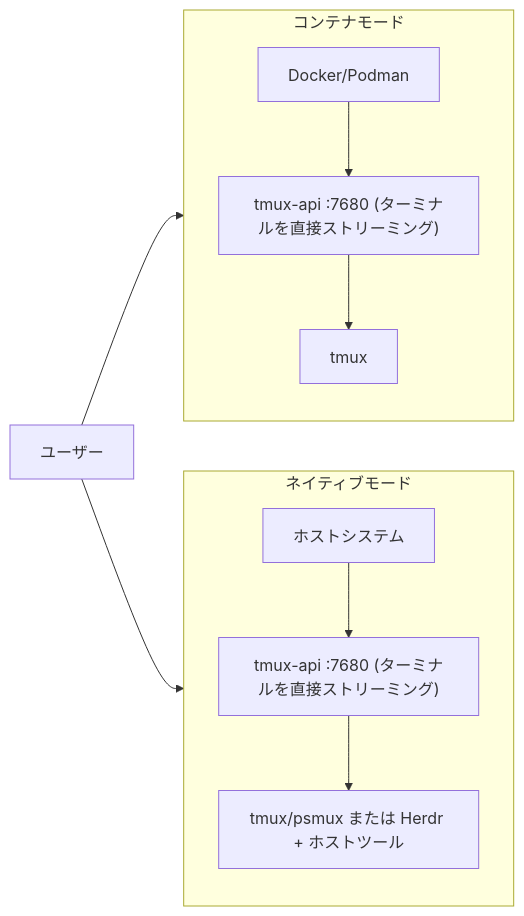
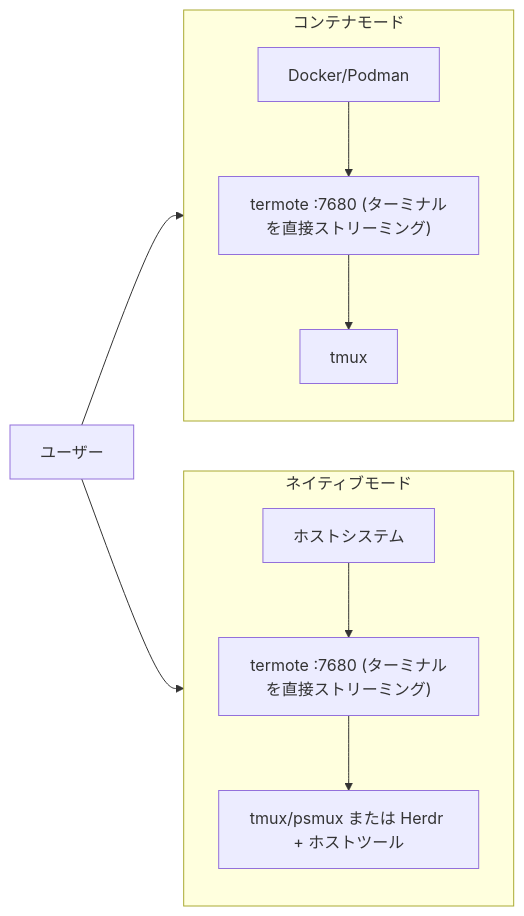
The second of 2 diagrams in README.ja.md (lamngockhuong/termote), drawn with Mermaid before and after one commit. The commit also changed other lines of this file and 107 other files, not shown here.

First line of the commit message:
refactor!: rename tmux-api to server and its binary to termote (#215)

````diff
--- a/README.ja.md
+++ b/README.ja.md
@@ -224,14 +224,14 @@
 ```mermaid
 flowchart LR
     subgraph Container["コンテナモード"]
         direction TB
-        C1["Docker/Podman"] --> C2["tmux-api :7680 (ターミナルを直接ストリーミング)"] --> C3["tmux"]
+        C1["Docker/Podman"] --> C2["termote :7680 (ターミナルを直接ストリーミング)"] --> C3["tmux"]
     end
 
     subgraph Native["ネイティブモード"]
         direction TB
-        N1["ホストシステム"] --> N2["tmux-api :7680 (ターミナルを直接ストリーミング)"] --> N3["tmux/psmux または Herdr + ホストツール"]
+        N1["ホストシステム"] --> N2["termote :7680 (ターミナルを直接ストリーミング)"] --> N3["tmux/psmux または Herdr + ホストツール"]
     end
 
     User["ユーザー"] --> Container & Native
 ```
````
